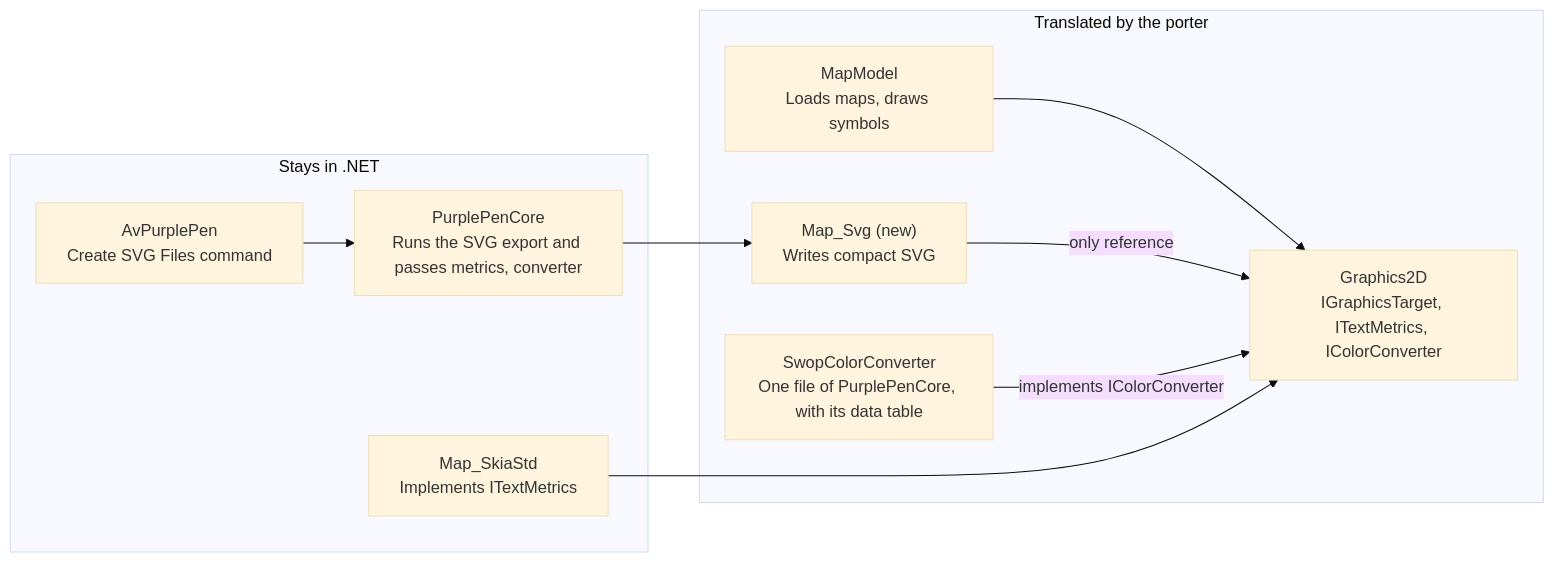
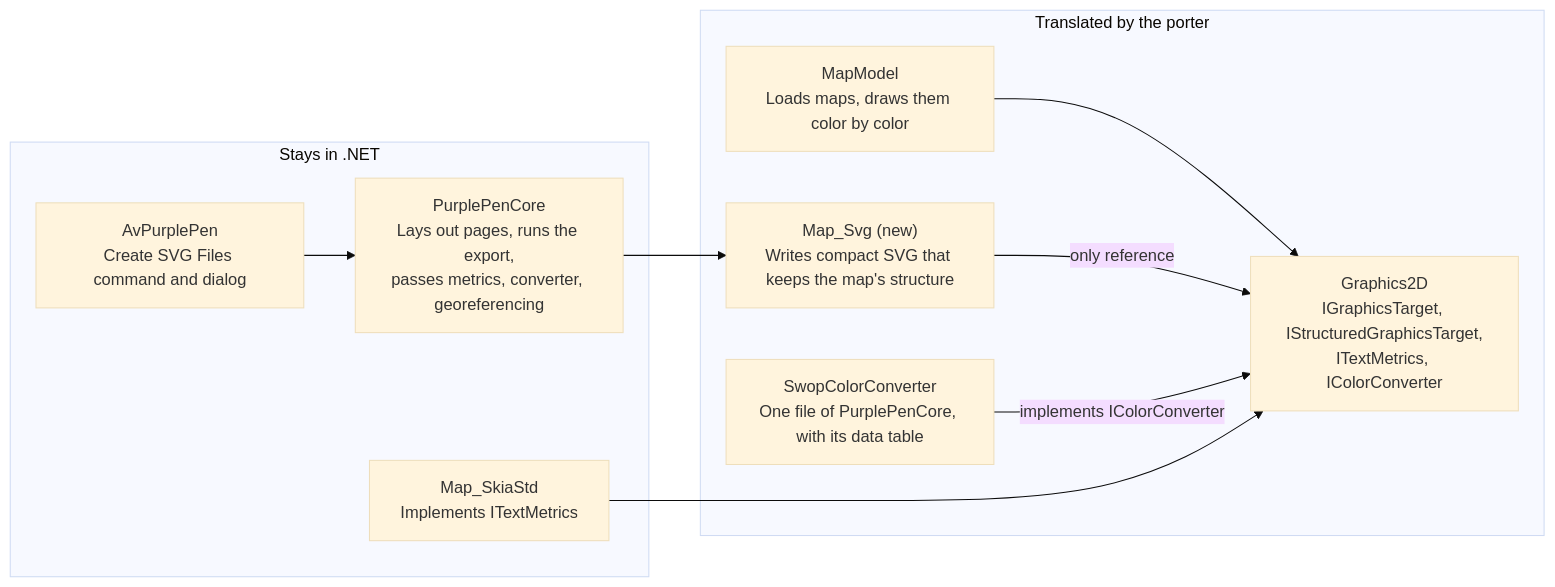
Before and after one commit to pauliojanpera/NotPurplePen: the diagram in doc/devdocs/SvgTargetRequirements.md, drawn with Mermaid (base theme). The commit also changed other lines of this file, not shown here.

First line of the commit message:
Specify map structure, CMYK and page layout for the SVG target

````diff
--- a/doc/devdocs/SvgTargetRequirements.md
+++ b/doc/devdocs/SvgTargetRequirements.md
@@ -35,20 +50,20 @@
 ```mermaid
 flowchart LR
   subgraph T["Translated by the porter"]
-    MapModel["MapModel<br/>Loads maps, draws symbols"]
-    MapSvg["Map_Svg (new)<br/>Writes compact SVG"]
-    G2D["Graphics2D<br/>IGraphicsTarget, ITextMetrics, IColorConverter"]
+    MapModel["MapModel<br/>Loads maps, draws them color by color"]
+    MapSvg["Map_Svg (new)<br/>Writes compact SVG that keeps the map's structure"]
+    G2D["Graphics2D<br/>IGraphicsTarget, IStructuredGraphicsTarget,<br/>ITextMetrics, IColorConverter"]
     Swop["SwopColorConverter<br/>One file of PurplePenCore, with its data table"]
   end
   subgraph N["Stays in .NET"]
-    Av["AvPurplePen<br/>Create SVG Files command"]
-    Core["PurplePenCore<br/>Runs the SVG export and passes metrics, converter"]
+    Av["AvPurplePen<br/>Create SVG Files command and dialog"]
+    Core["PurplePenCore<br/>Lays out pages, runs the export,<br/>passes metrics, converter, georeferencing"]
     Skia["Map_SkiaStd<br/>Implements ITextMetrics"]
   end
   MapModel --> G2D
   MapSvg -- only reference --> G2D
   Swop -- implements IColorConverter --> G2D
   Av --> Core
   Core --> MapSvg
   Skia --> G2D
 ```
````
